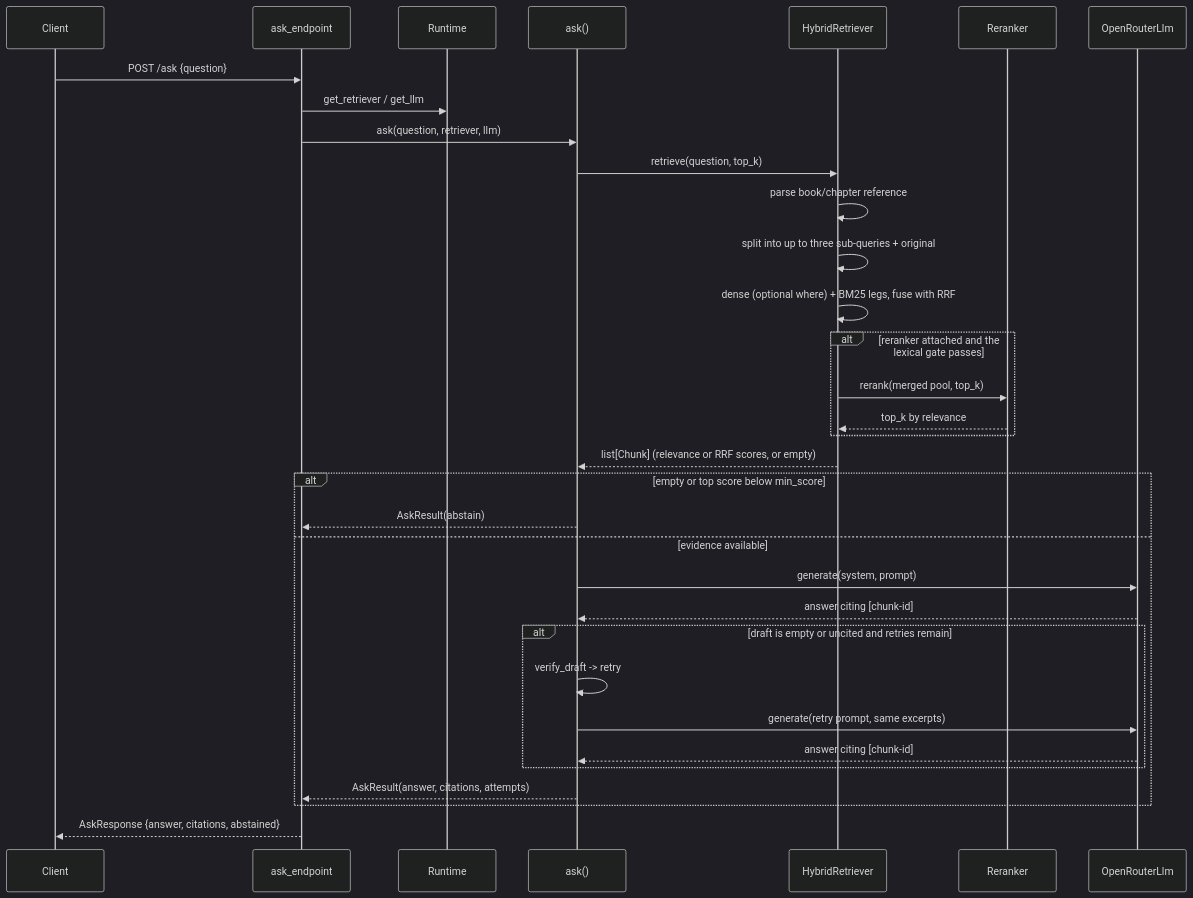
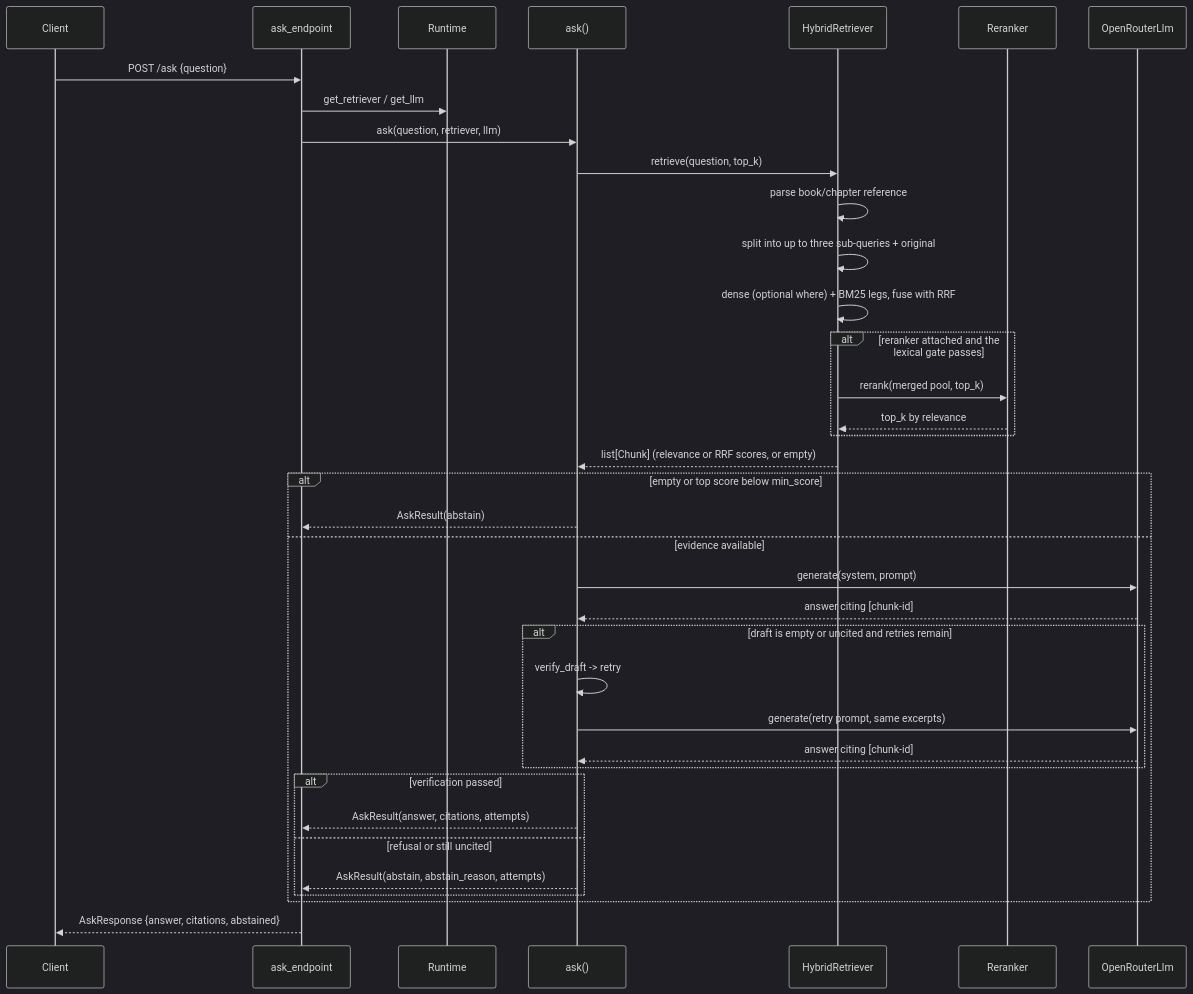
The third of 5 diagrams in docs/architecture.md (monitus2022/owl-online), drawn with Mermaid (dark theme) before and after one commit. The commit also changed other lines of this file and 17 other files, not shown here.

````diff
--- a/docs/architecture.md
+++ b/docs/architecture.md
@@ -162,36 +162,40 @@
 ```mermaid
 sequenceDiagram
   participant C as Client
   participant API as ask_endpoint
   participant R as Runtime
   participant A as ask()
   participant RET as HybridRetriever
   participant RR as Reranker
   participant LLM as OpenRouterLlm
 
   C->>API: POST /ask {question}
   API->>R: get_retriever / get_llm
   API->>A: ask(question, retriever, llm)
   A->>RET: retrieve(question, top_k)
   RET->>RET: parse book/chapter reference
   RET->>RET: split into up to three sub-queries + original
   RET->>RET: dense (optional where) + BM25 legs, fuse with RRF
   alt reranker attached and the lexical gate passes
     RET->>RR: rerank(merged pool, top_k)
     RR-->>RET: top_k by relevance
   end
   RET-->>A: list[Chunk] (relevance or RRF scores, or empty)
   alt empty or top score below min_score
     A-->>API: AskResult(abstain)
   else evidence available
     A->>LLM: generate(system, prompt)
     LLM-->>A: answer citing [chunk-id]
     alt draft is empty or uncited and retries remain
       A->>A: verify_draft -> retry
       A->>LLM: generate(retry prompt, same excerpts)
       LLM-->>A: answer citing [chunk-id]
     end
-    A-->>API: AskResult(answer, citations, attempts)
+    alt verification passed
+      A-->>API: AskResult(answer, citations, attempts)
+    else refusal or still uncited
+      A-->>API: AskResult(abstain, abstain_reason, attempts)
+    end
   end
   API-->>C: AskResponse {answer, citations, abstained}
 ```
````
